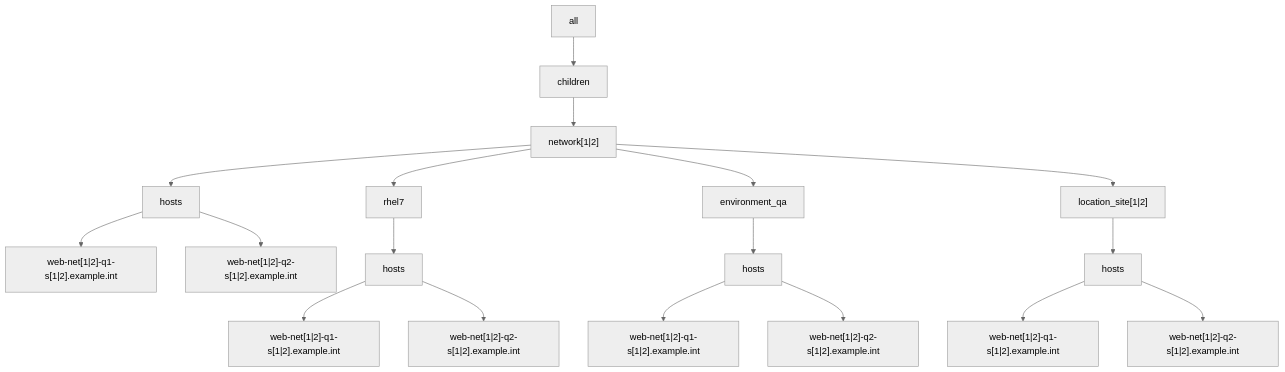
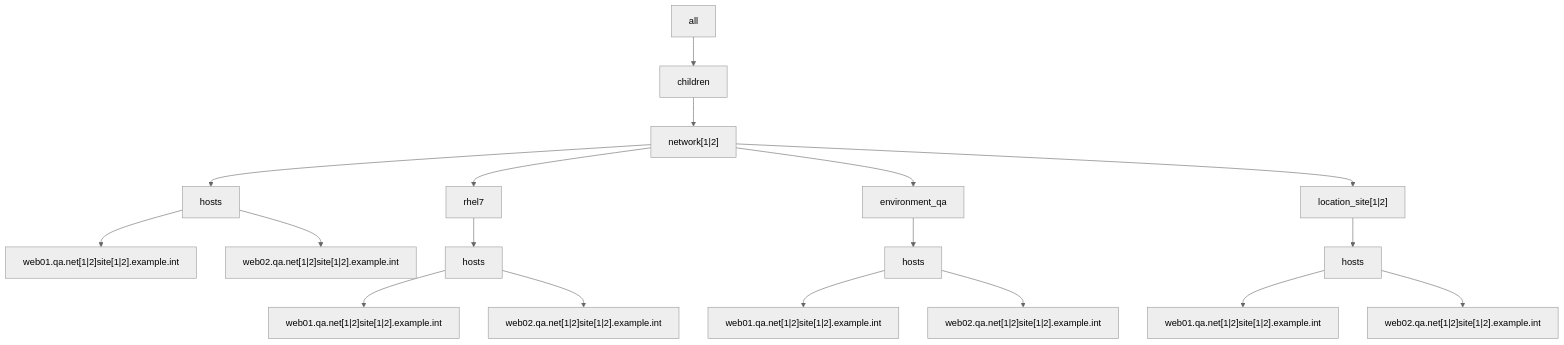
Before and after one commit to lj020326/ansible-datacenter: the second of 2 diagrams in docs/ansible/ansible-multiple-yaml-inventories/example2/README.md, drawn with Mermaid (neutral theme). The commit also changed other lines of this file and 31 other files, not shown here.

````diff
--- a/docs/ansible/ansible-multiple-yaml-inventories/example2/README.md
+++ b/docs/ansible/ansible-multiple-yaml-inventories/example2/README.md
@@ -43,20 +43,20 @@
 ```mermaid
 graph TD;
     A[all] --> B[children]
     B --> C["network[1|2]"]
     C --> D[hosts]
     C --> E[rhel7]
     C --> F[environment_qa]
     C --> G["location_site[1|2]"]
-    D --> I["web-net[1|2]-q1-s[1|2].example.int"]
-    D --> J["web-net[1|2]-q2-s[1|2].example.int"]
+    D --> I["web01.qa.net[1|2]site[1|2].example.int"]
+    D --> J["web02.qa.net[1|2]site[1|2].example.int"]
     E --> K[hosts]
-    K --> L["web-net[1|2]-q1-s[1|2].example.int"]
-    K --> M["web-net[1|2]-q2-s[1|2].example.int"]
+    K --> L["web01.qa.net[1|2]site[1|2].example.int"]
+    K --> M["web02.qa.net[1|2]site[1|2].example.int"]
     F --> N[hosts]
-    N --> O["web-net[1|2]-q1-s[1|2].example.int"]
-    N --> P["web-net[1|2]-q2-s[1|2].example.int"]
+    N --> O["web01.qa.net[1|2]site[1|2].example.int"]
+    N --> P["web02.qa.net[1|2]site[1|2].example.int"]
     G --> Q[hosts]
-    Q --> R["web-net[1|2]-q1-s[1|2].example.int"]
-    Q --> S["web-net[1|2]-q2-s[1|2].example.int"]
+    Q --> R["web01.qa.net[1|2]site[1|2].example.int"]
+    Q --> S["web02.qa.net[1|2]site[1|2].example.int"]
 ```
````
